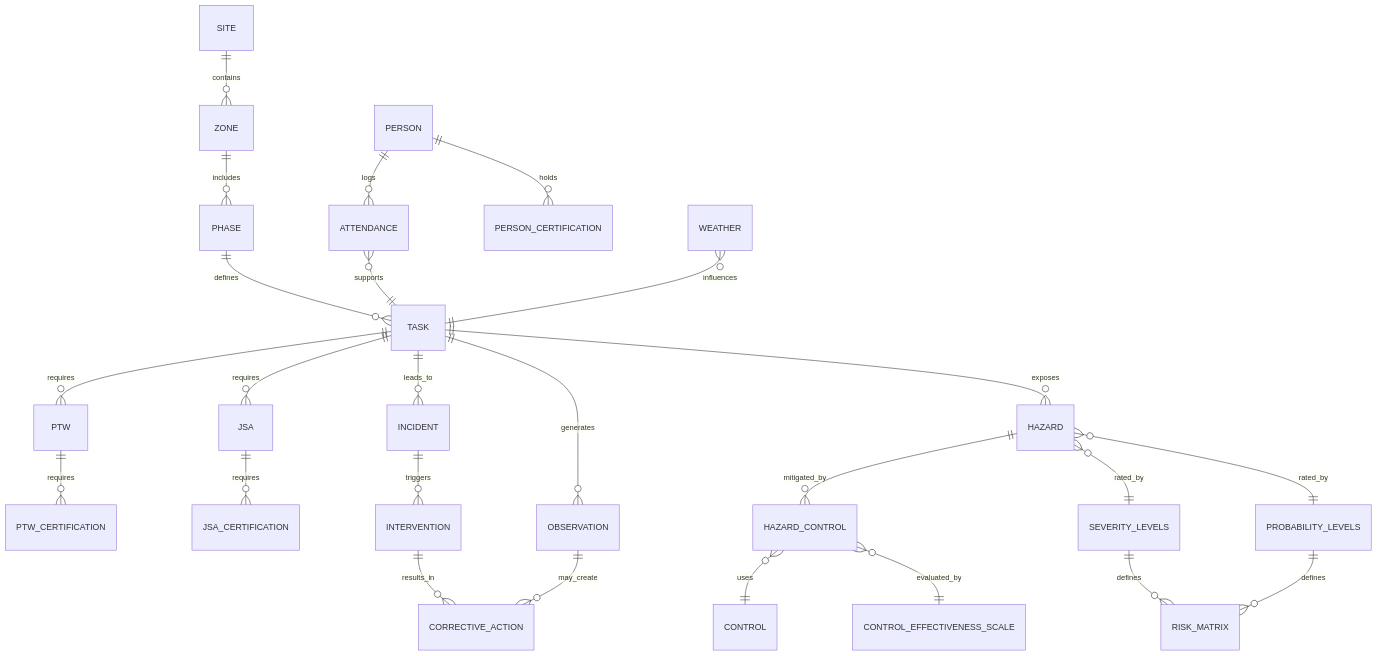
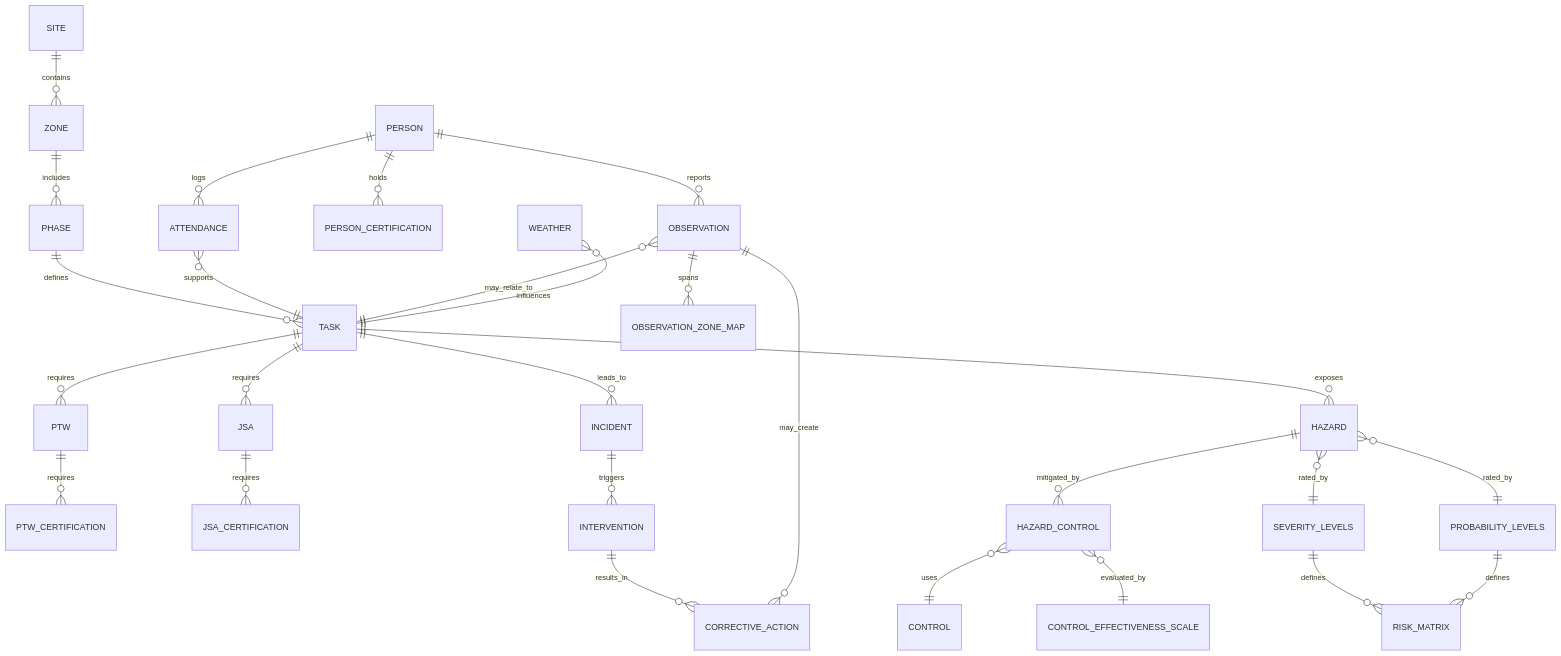
The second of 2 diagrams in README.md (Euchie23/Euchie23), drawn with Mermaid before and after one commit.

````diff
--- a/README.md
+++ b/README.md
@@ -129,36 +129,38 @@
 ```mermaid
 erDiagram
     SITE ||--o{ ZONE : contains
     ZONE ||--o{ PHASE : includes
     PHASE ||--o{ TASK : defines
 
     PERSON ||--o{ ATTENDANCE : logs
     ATTENDANCE }o--|| TASK : supports
 
     TASK ||--o{ PTW : requires
     TASK ||--o{ JSA : requires
 
     PERSON ||--o{ PERSON_CERTIFICATION : holds
     PTW ||--o{ PTW_CERTIFICATION : requires
     JSA ||--o{ JSA_CERTIFICATION : requires
 
     TASK ||--o{ INCIDENT : leads_to
     INCIDENT ||--o{ INTERVENTION : triggers
     INTERVENTION ||--o{ CORRECTIVE_ACTION : results_in
 
-    TASK ||--o{ OBSERVATION : generates
+    PERSON ||--o{ OBSERVATION : reports
+    OBSERVATION }o--|| TASK : may_relate_to
+    OBSERVATION ||--o{ OBSERVATION_ZONE_MAP : spans
     OBSERVATION ||--o{ CORRECTIVE_ACTION : may_create
 
     TASK ||--o{ HAZARD : exposes
     HAZARD ||--o{ HAZARD_CONTROL : mitigated_by
     HAZARD_CONTROL }o--|| CONTROL : uses
 
     HAZARD }o--|| SEVERITY_LEVELS : rated_by
     HAZARD }o--|| PROBABILITY_LEVELS : rated_by
     SEVERITY_LEVELS ||--o{ RISK_MATRIX : defines
     PROBABILITY_LEVELS ||--o{ RISK_MATRIX : defines
 
     HAZARD_CONTROL }o--|| CONTROL_EFFECTIVENESS_SCALE : evaluated_by
 
     WEATHER }o--|| TASK : influences
 ```
````
